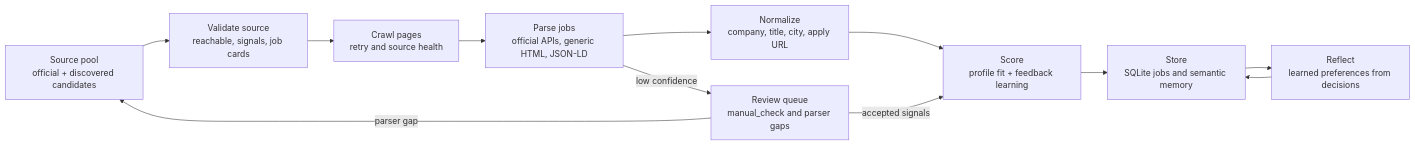
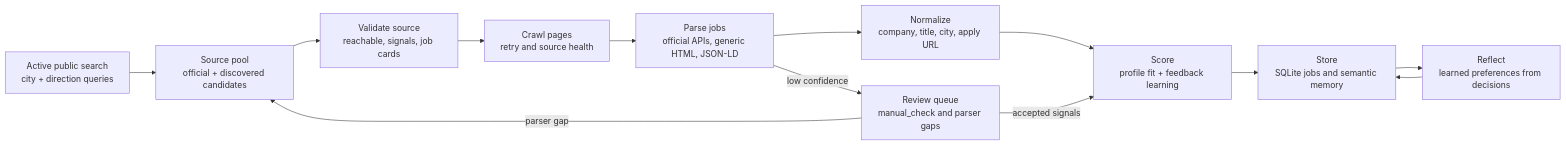
The third of 4 diagrams in docs/architecture.md (wenroudeyanhuo/Job-hunter-agent), drawn with Mermaid before and after one commit. The commit also changed other lines of this file and 18 other files, not shown here.

Commit message:
feat: add active source scout

````diff
--- a/docs/architecture.md
+++ b/docs/architecture.md
@@ -98,18 +102,19 @@
 ```mermaid
 flowchart LR
   SourcePool["Source pool<br/>official + discovered candidates"]
+  ActiveSearch["Active public search<br/>city + direction queries"]
   Validate["Validate source<br/>reachable, signals, job cards"]
   Crawl["Crawl pages<br/>retry and source health"]
   Parse["Parse jobs<br/>official APIs, generic HTML, JSON-LD"]
   Normalize["Normalize<br/>company, title, city, apply URL"]
   Score["Score<br/>profile fit + feedback learning"]
   Store["Store<br/>SQLite jobs and semantic memory"]
   Reflect["Reflect<br/>learned preferences from decisions"]
   Review["Review queue<br/>manual_check and parser gaps"]
 
-  SourcePool --> Validate --> Crawl --> Parse --> Normalize --> Score --> Store
+  ActiveSearch --> SourcePool --> Validate --> Crawl --> Parse --> Normalize --> Score --> Store
   Store --> Reflect --> Store
   Parse -->|low confidence| Review
   Review -->|accepted signals| Score
   Review -->|parser gap| SourcePool
 ```
````
